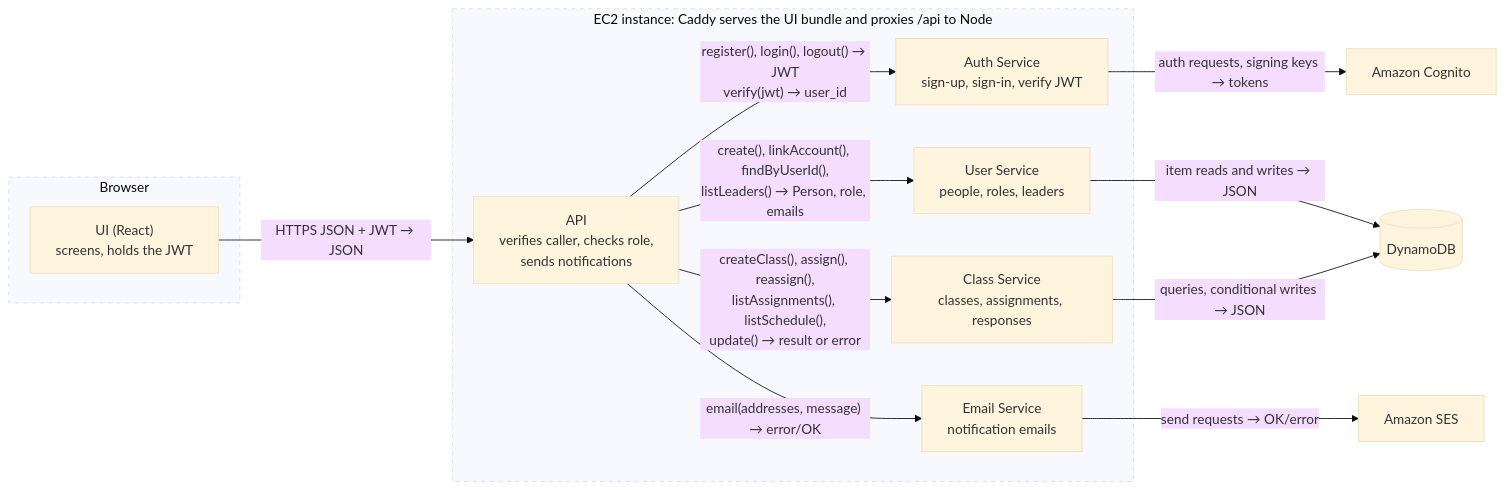
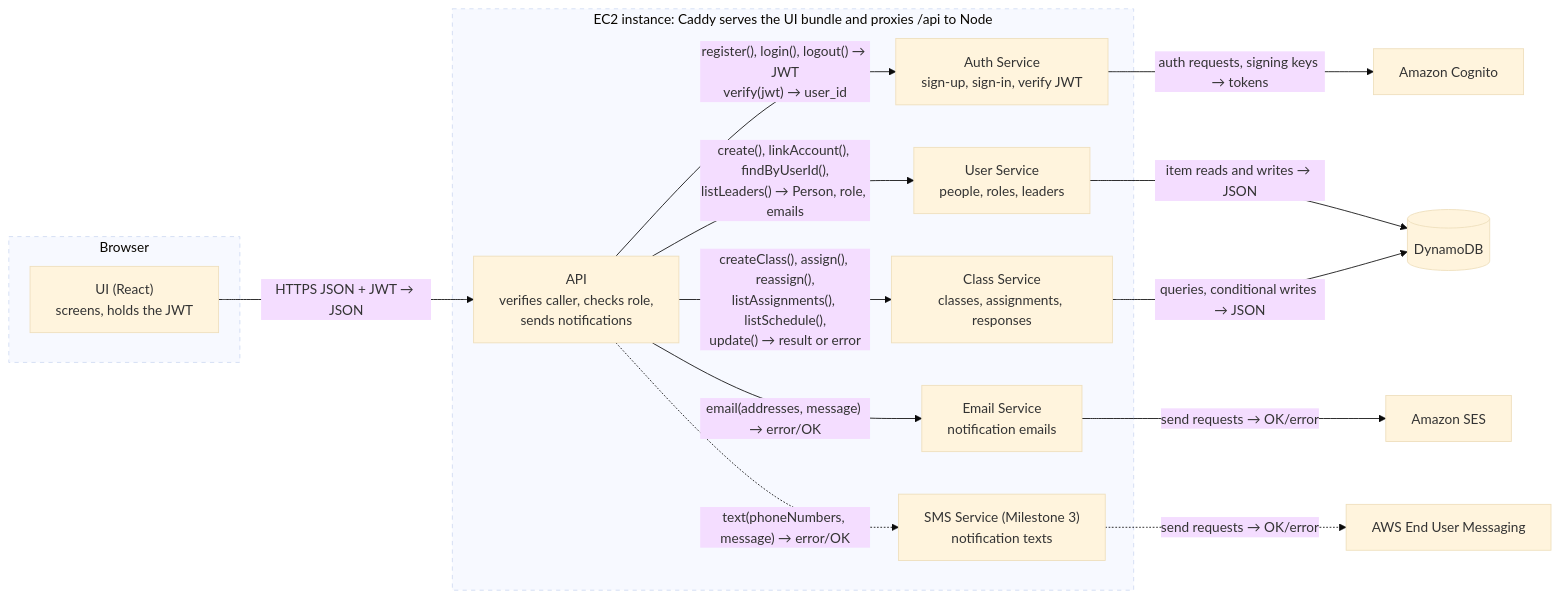
One commit to Sunday-School-Software/Sunday-School-Scheduler changed the second of 4 diagrams in docs/design.md. Above: the diagram before and after it, drawn with Mermaid (base theme). The commit also changed other lines of this file and 2 other files, not shown here.

First line of the commit message:
Plan text notifications as Milestone 3

````diff
--- a/docs/design.md
+++ b/docs/design.md
@@ -98,29 +104,33 @@
 ```mermaid
 flowchart LR
     subgraph browser["Browser"]
         ui["UI (React)<br/>screens, holds the JWT"]
     end
     subgraph ec2["EC2 instance: Caddy serves the UI bundle and proxies /api to Node"]
         api["API<br/>verifies caller, checks role,<br/>sends notifications"]
         auth["Auth Service<br/>sign-up, sign-in, verify JWT"]
         user["User Service<br/>people, roles, leaders"]
         cls["Class Service<br/>classes, assignments, responses"]
         email["Email Service<br/>notification emails"]
+        smssvc["SMS Service (Milestone 3)<br/>notification texts"]
     end
     cognito["Amazon Cognito"]
     db[("DynamoDB")]
     ses["Amazon SES"]
+    eum["AWS End User Messaging"]
 
     ui -->|"HTTPS JSON + JWT → JSON"| api
     api -->|"register(), login(), logout() → JWT<br/>verify(jwt) → user_id"| auth
     api -->|"create(), linkAccount(), findByUserId(),<br/>listLeaders() → Person, role, emails"| user
     api -->|"createClass(), assign(), reassign(),<br/>listAssignments(), listSchedule(),<br/>update() → result or error"| cls
     api -->|"email(addresses, message) → error/OK"| email
     auth -->|"auth requests, signing keys → tokens"| cognito
     user -->|"item reads and writes → JSON"| db
     cls -->|"queries, conditional writes → JSON"| db
     email -->|"send requests → OK/error"| ses
+    api -.->|"text(phoneNumbers, message) → error/OK"| smssvc
+    smssvc -.->|"send requests → OK/error"| eum
 
     style browser stroke-dasharray: 5 5
     style ec2 stroke-dasharray: 5 5
 ```
````
